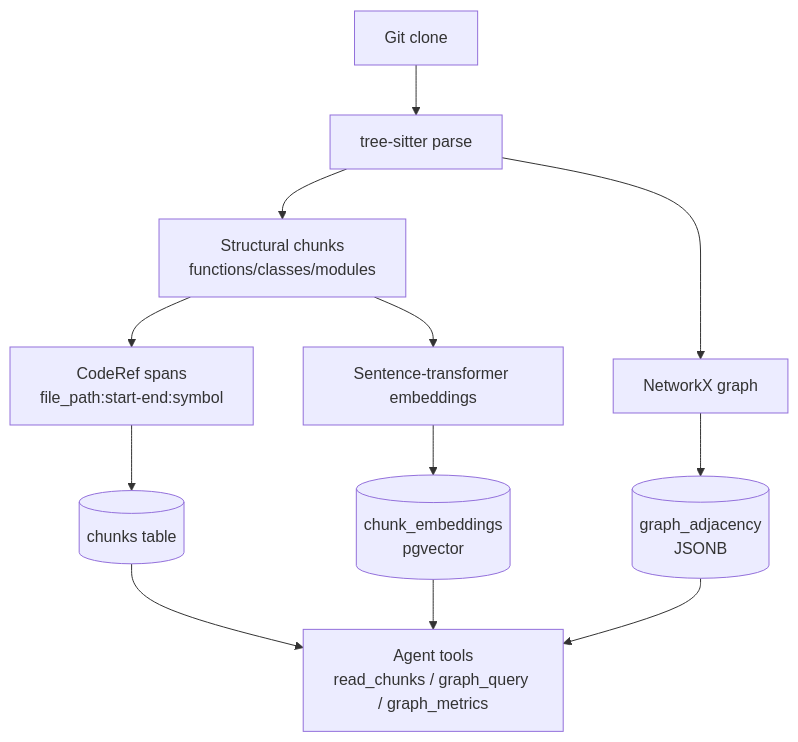
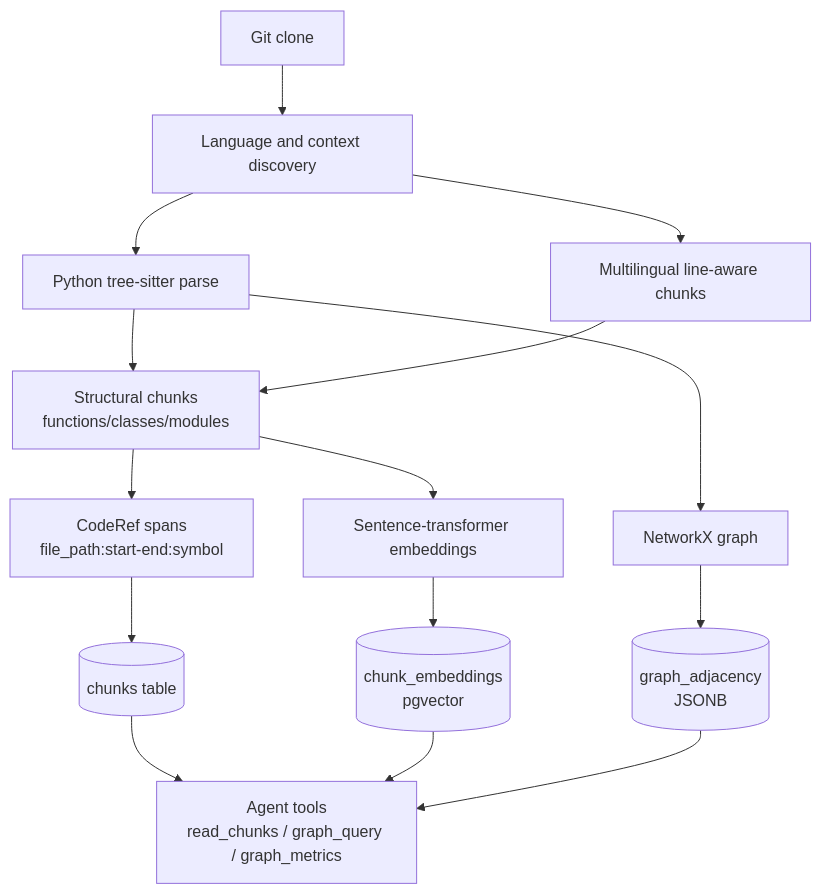
Before and after one commit to ayushkumar320/RepoPilot: the fourth of 5 diagrams in README.md, drawn with Mermaid. The commit also changed other lines of this file and 24 other files, not shown here.

````diff
--- a/README.md
+++ b/README.md
@@ -141,25 +143,30 @@
 ```mermaid
 flowchart TB
     clone["Git clone"]
-    parse["tree-sitter parse"]
+    classify["Language and context discovery"]
+    parse["Python tree-sitter parse"]
+    text["Multilingual line-aware chunks"]
     chunks["Structural chunks<br/>functions/classes/modules"]
     refs["CodeRef spans<br/>file_path:start-end:symbol"]
     nx["NetworkX graph"]
     embed["Sentence-transformer embeddings"]
     pgchunks[("chunks table")]
     pgemb[("chunk_embeddings<br/>pgvector")]
     pggraph[("graph_adjacency<br/>JSONB")]
 
-    clone --> parse
+    clone --> classify
+    classify --> parse
+    classify --> text
     parse --> chunks
+    text --> chunks
     chunks --> refs
     refs --> pgchunks
     chunks --> embed
     embed --> pgemb
     parse --> nx
     nx --> pggraph
 
     pgchunks --> tools["Agent tools<br/>read_chunks / graph_query / graph_metrics"]
     pgemb --> tools
     pggraph --> tools
 ```
````
